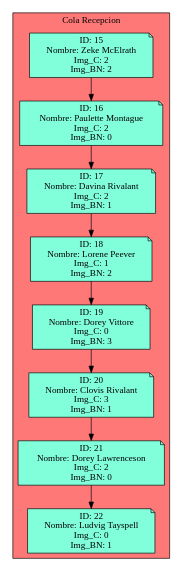
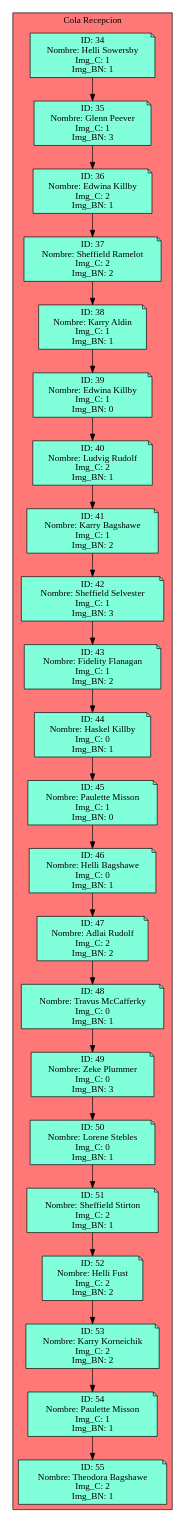
Before and after one commit to Serch-ING/EDD_UDRAWING_202000119: the diagram in Cola_Reception.dot, drawn with Graphviz. The commit also changed 17 other files, not shown here.

```diff
--- a/Cola_Reception.dot
+++ b/Cola_Reception.dot
@@ -1,45 +1,115 @@
 digraph L {
 node[shape=note fillcolor="#A181FF" style =filled]
 subgraph cluster_p{
     label= " Cola Recepcion "
     bgcolor = "#FF7878"
-Nodo1888442711[label="ID: 15
-Nombre: Zeke McElrath
+Nodo574434418[label="ID: 34
+Nombre: Helli Sowersby
+Img_C: 1
+Img_BN: 1",fillcolor="#81FFDA"]
+Nodo1546908073[label="ID: 35
+Nombre: Glenn Peever
+Img_C: 1
+Img_BN: 3",fillcolor="#81FFDA"]
+Nodo371439501[label="ID: 36
+Nombre: Edwina Killby
+Img_C: 2
+Img_BN: 1",fillcolor="#81FFDA"]
+Nodo210506412[label="ID: 37
+Nombre: Sheffield Ramelot
 Img_C: 2
 Img_BN: 2",fillcolor="#81FFDA"]
-Nodo1780034814[label="ID: 16
-Nombre: Paulette Montague
-Img_C: 2
+Nodo1617550160[label="ID: 38
+Nombre: Karry Aldin
+Img_C: 1
+Img_BN: 1",fillcolor="#81FFDA"]
+Nodo1325124186[label="ID: 39
+Nombre: Edwina Killby
+Img_C: 1
 Img_BN: 0",fillcolor="#81FFDA"]
-Nodo1360657223[label="ID: 17
-Nombre: Davina Rivalant
+Nodo461160828[label="ID: 40
+Nombre: Ludvig Rudolf
 Img_C: 2
 Img_BN: 1",fillcolor="#81FFDA"]
-Nodo1905485420[label="ID: 18
-Nombre: Lorene Peever
+Nodo1954406292[label="ID: 41
+Nombre: Karry Bagshawe
 Img_C: 1
 Img_BN: 2",fillcolor="#81FFDA"]
-Nodo1438098656[label="ID: 19
-Nombre: Dorey Vittore
+Nodo904058452[label="ID: 42
+Nombre: Sheffield Selvester
+Img_C: 1
+Img_BN: 3",fillcolor="#81FFDA"]
+Nodo1961945640[label="ID: 43
+Nombre: Fidelity Flanagan
+Img_C: 1
+Img_BN: 2",fillcolor="#81FFDA"]
+Nodo708533063[label="ID: 44
+Nombre: Haskel Killby
+Img_C: 0
+Img_BN: 1",fillcolor="#81FFDA"]
+Nodo1438030319[label="ID: 45
+Nombre: Paulette Misson
+Img_C: 1
+Img_BN: 0",fillcolor="#81FFDA"]
+Nodo902830499[label="ID: 46
+Nombre: Helli Bagshawe
+Img_C: 0
+Img_BN: 1",fillcolor="#81FFDA"]
+Nodo807657332[label="ID: 47
+Nombre: Adlai Rudolf
+Img_C: 2
+Img_BN: 2",fillcolor="#81FFDA"]
+Nodo825936265[label="ID: 48
+Nombre: Travus McCafferky
+Img_C: 0
+Img_BN: 1",fillcolor="#81FFDA"]
+Nodo1164107853[label="ID: 49
+Nombre: Zeke Plummer
 Img_C: 0
 Img_BN: 3",fillcolor="#81FFDA"]
-Nodo858952163[label="ID: 20
-Nombre: Clovis Rivalant
-Img_C: 3
-Img_BN: 1",fillcolor="#81FFDA"]
-Nodo1509791656[label="ID: 21
-Nombre: Dorey Lawrenceson
-Img_C: 2
-Img_BN: 0",fillcolor="#81FFDA"]
-Nodo257608164[label="ID: 22
-Nombre: Ludvig Tayspell
+Nodo709865851[label="ID: 50
+Nombre: Lorene Stebles
 Img_C: 0
 Img_BN: 1",fillcolor="#81FFDA"]
-Nodo1888442711 -> Nodo1780034814
-Nodo1780034814 -> Nodo1360657223
-Nodo1360657223 -> Nodo1905485420
-Nodo1905485420 -> Nodo1438098656
-Nodo1438098656 -> Nodo858952163
-Nodo858952163 -> Nodo1509791656
-Nodo1509791656 -> Nodo257608164
+Nodo1550207152[label="ID: 51
+Nombre: Sheffield Stirton
+Img_C: 2
+Img_BN: 1",fillcolor="#81FFDA"]
+Nodo1864230087[label="ID: 52
+Nombre: Helli Fust
+Img_C: 2
+Img_BN: 2",fillcolor="#81FFDA"]
+Nodo1280851663[label="ID: 53
+Nombre: Karry Korneichik
+Img_C: 2
+Img_BN: 2",fillcolor="#81FFDA"]
+Nodo846254484[label="ID: 54
+Nombre: Paulette Misson
+Img_C: 1
+Img_BN: 1",fillcolor="#81FFDA"]
+Nodo592983282[label="ID: 55
+Nombre: Theodora Bagshawe
+Img_C: 2
+Img_BN: 1",fillcolor="#81FFDA"]
+Nodo574434418 -> Nodo1546908073
+Nodo1546908073 -> Nodo371439501
+Nodo371439501 -> Nodo210506412
+Nodo210506412 -> Nodo1617550160
+Nodo1617550160 -> Nodo1325124186
+Nodo1325124186 -> Nodo461160828
+Nodo461160828 -> Nodo1954406292
+Nodo1954406292 -> Nodo904058452
+Nodo904058452 -> Nodo1961945640
+Nodo1961945640 -> Nodo708533063
+Nodo708533063 -> Nodo1438030319
+Nodo1438030319 -> Nodo902830499
+Nodo902830499 -> Nodo807657332
+Nodo807657332 -> Nodo825936265
+Nodo825936265 -> Nodo1164107853
+Nodo1164107853 -> Nodo709865851
+Nodo709865851 -> Nodo1550207152
+Nodo1550207152 -> Nodo1864230087
+Nodo1864230087 -> Nodo1280851663
+Nodo1280851663 -> Nodo846254484
+Nodo846254484 -> Nodo592983282
 }}
```
